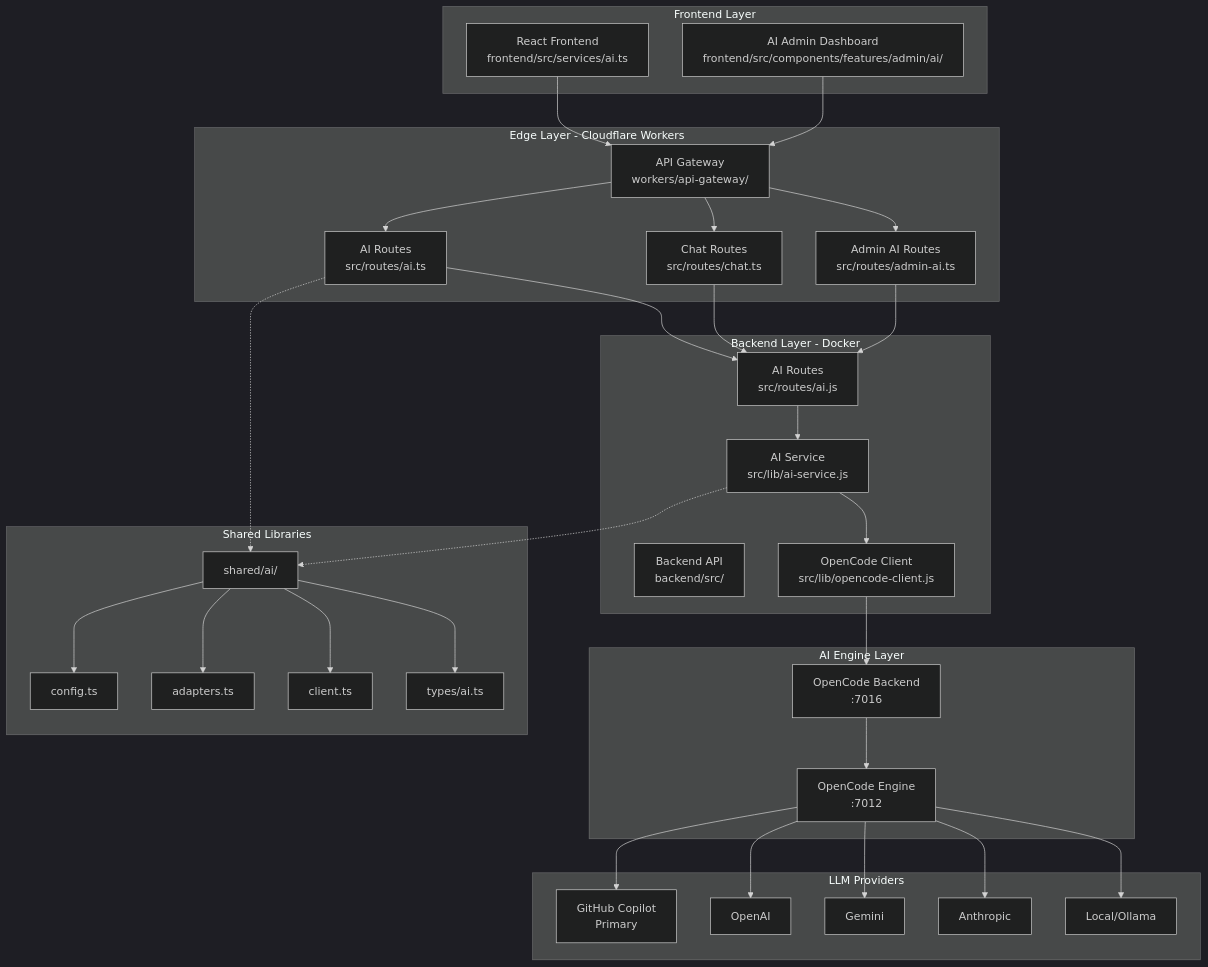
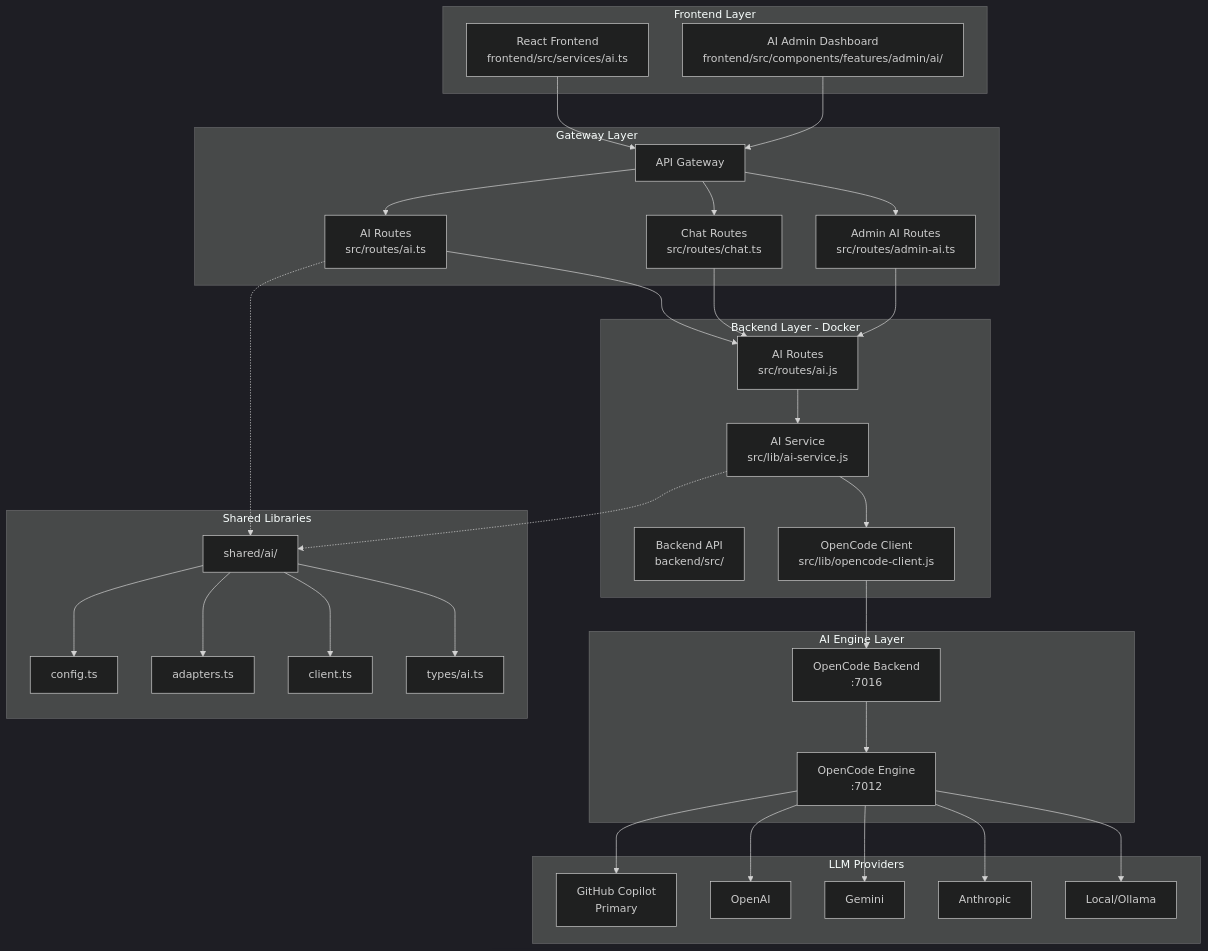
One commit to choisimo/blog changed the diagram in docs/mermaid/01-architecture.mmd. Above: the diagram before and after it, drawn with Mermaid (dark theme). The commit also changed 119 other files, not shown here.

```diff
--- a/docs/mermaid/01-architecture.mmd
+++ b/docs/mermaid/01-architecture.mmd
@@ -1,66 +1,66 @@
 graph TB
     subgraph "Frontend Layer"
         FE[React Frontend<br/>frontend/src/services/ai.ts]
         AdminUI[AI Admin Dashboard<br/>frontend/src/components/features/admin/ai/]
     end
 
-    subgraph "Edge Layer - Cloudflare Workers"
-        GW[API Gateway<br/>workers/api-gateway/]
+    subgraph "Gateway Layer"
+        GW[API Gateway]
         GW_AI[AI Routes<br/>src/routes/ai.ts]
         GW_CHAT[Chat Routes<br/>src/routes/chat.ts]
         GW_ADMIN[Admin AI Routes<br/>src/routes/admin-ai.ts]
     end
 
     subgraph "Backend Layer - Docker"
         BE[Backend API<br/>backend/src/]
         BE_AI[AI Routes<br/>src/routes/ai.js]
         BE_SVC[AI Service<br/>src/lib/ai-service.js]
         OC_CLIENT[OpenCode Client<br/>src/lib/opencode-client.js]
     end
 
     subgraph "AI Engine Layer"
         OC_BE[OpenCode Backend<br/>:7016]
         OC_ENGINE[OpenCode Engine<br/>:7012]
     end
 
     subgraph "LLM Providers"
         GH[GitHub Copilot<br/>Primary]
         OAI[OpenAI]
         GEM[Gemini]
         ANT[Anthropic]
         LOC[Local/Ollama]
     end
 
     subgraph "Shared Libraries"
         SHARED[shared/ai/]
         CONFIG[config.ts]
         ADAPTERS[adapters.ts]
         CLIENT[client.ts]
         TYPES[types/ai.ts]
     end
 
     FE --> GW
     AdminUI --> GW
     GW --> GW_AI
     GW --> GW_CHAT
     GW --> GW_ADMIN
     GW_AI --> BE_AI
     GW_CHAT --> BE_AI
     GW_ADMIN --> BE_AI
     BE_AI --> BE_SVC
     BE_SVC --> OC_CLIENT
     OC_CLIENT --> OC_BE
     OC_BE --> OC_ENGINE
     OC_ENGINE --> GH
     OC_ENGINE --> OAI
     OC_ENGINE --> GEM
     OC_ENGINE --> ANT
     OC_ENGINE --> LOC
 
     SHARED --> CONFIG
     SHARED --> ADAPTERS
     SHARED --> CLIENT
     SHARED --> TYPES
     
     BE_SVC -.-> SHARED
     GW_AI -.-> SHARED
```
